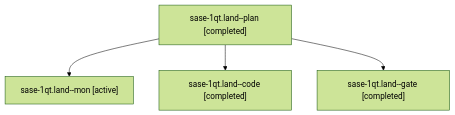
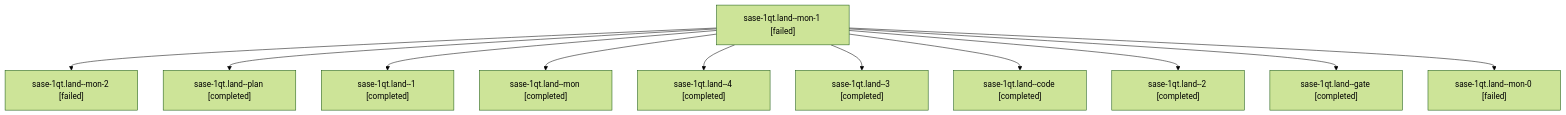
The diagram in sessions/bbugyi200.athena.sase-1qt.land.md (sase-org/sase--agents), drawn with Mermaid (forest theme) before and after one commit. The commit also changed other lines of this file and 75 other files, not shown here.

````diff
--- a/sessions/bbugyi200.athena.sase-1qt.land.md
+++ b/sessions/bbugyi200.athena.sase-1qt.land.md
@@ -9,10 +9,24 @@
 ```mermaid
 flowchart TD
-  n0["sase-1qt.land--plan [completed]"]
-  n1["sase-1qt.land--mon [active]"]
+  n0["sase-1qt.land--mon-1 [failed]"]
+  n1["sase-1qt.land--mon-2 [failed]"]
   n0 --> n1
-  n2["sase-1qt.land--code [completed]"]
+  n2["sase-1qt.land--plan [completed]"]
   n0 --> n2
-  n3["sase-1qt.land--gate [completed]"]
+  n3["sase-1qt.land--1 [completed]"]
   n0 --> n3
+  n4["sase-1qt.land--mon [completed]"]
+  n0 --> n4
+  n5["sase-1qt.land--4 [completed]"]
+  n0 --> n5
+  n6["sase-1qt.land--3 [completed]"]
+  n0 --> n6
+  n7["sase-1qt.land--code [completed]"]
+  n0 --> n7
+  n8["sase-1qt.land--2 [completed]"]
+  n0 --> n8
+  n9["sase-1qt.land--gate [completed]"]
+  n0 --> n9
+  n10["sase-1qt.land--mon-0 [failed]"]
+  n0 --> n10
 ```
````
